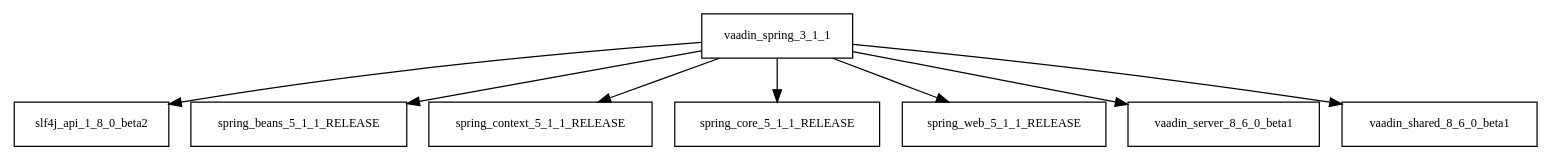
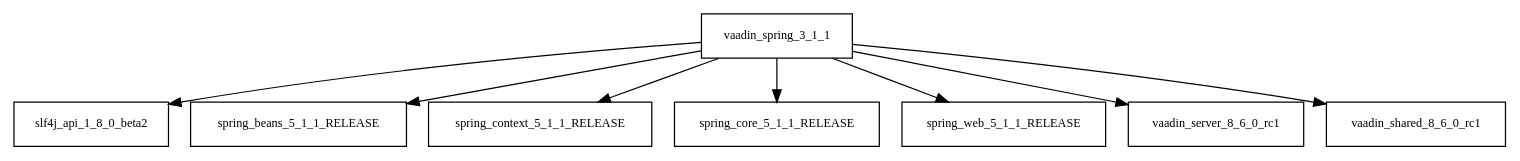
One commit to Hack23/cia changed the diagram in tattleTaleReport/graphviz/vaadin-spring-3.1.1.jar/vaadin-spring-3.1.1.jar.dot. Above: the diagram before and after it, drawn with Graphviz. The commit also changed 1393 other files, not shown here.

```diff
--- a/tattleTaleReport/graphviz/vaadin-spring-3.1.1.jar/vaadin-spring-3.1.1.jar.dot
+++ b/tattleTaleReport/graphviz/vaadin-spring-3.1.1.jar/vaadin-spring-3.1.1.jar.dot
@@ -1,10 +1,10 @@
 digraph vaadin_spring_3_1_1_dependencies {
   node [shape = box, fontsize=10.0];
   vaadin_spring_3_1_1 -> slf4j_api_1_8_0_beta2;
   vaadin_spring_3_1_1 -> spring_beans_5_1_1_RELEASE;
   vaadin_spring_3_1_1 -> spring_context_5_1_1_RELEASE;
   vaadin_spring_3_1_1 -> spring_core_5_1_1_RELEASE;
   vaadin_spring_3_1_1 -> spring_web_5_1_1_RELEASE;
-  vaadin_spring_3_1_1 -> vaadin_server_8_6_0_beta1;
-  vaadin_spring_3_1_1 -> vaadin_shared_8_6_0_beta1;
+  vaadin_spring_3_1_1 -> vaadin_server_8_6_0_rc1;
+  vaadin_spring_3_1_1 -> vaadin_shared_8_6_0_rc1;
 }
```
